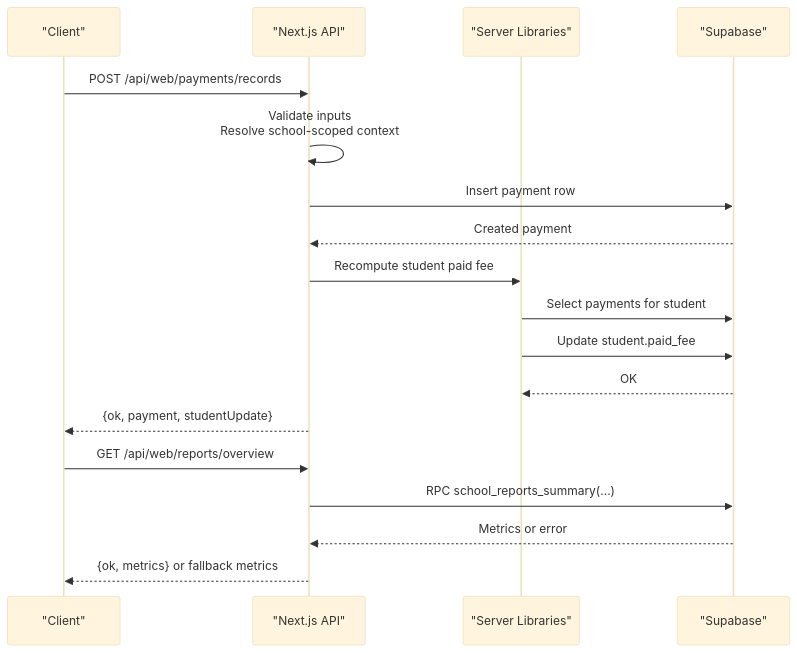
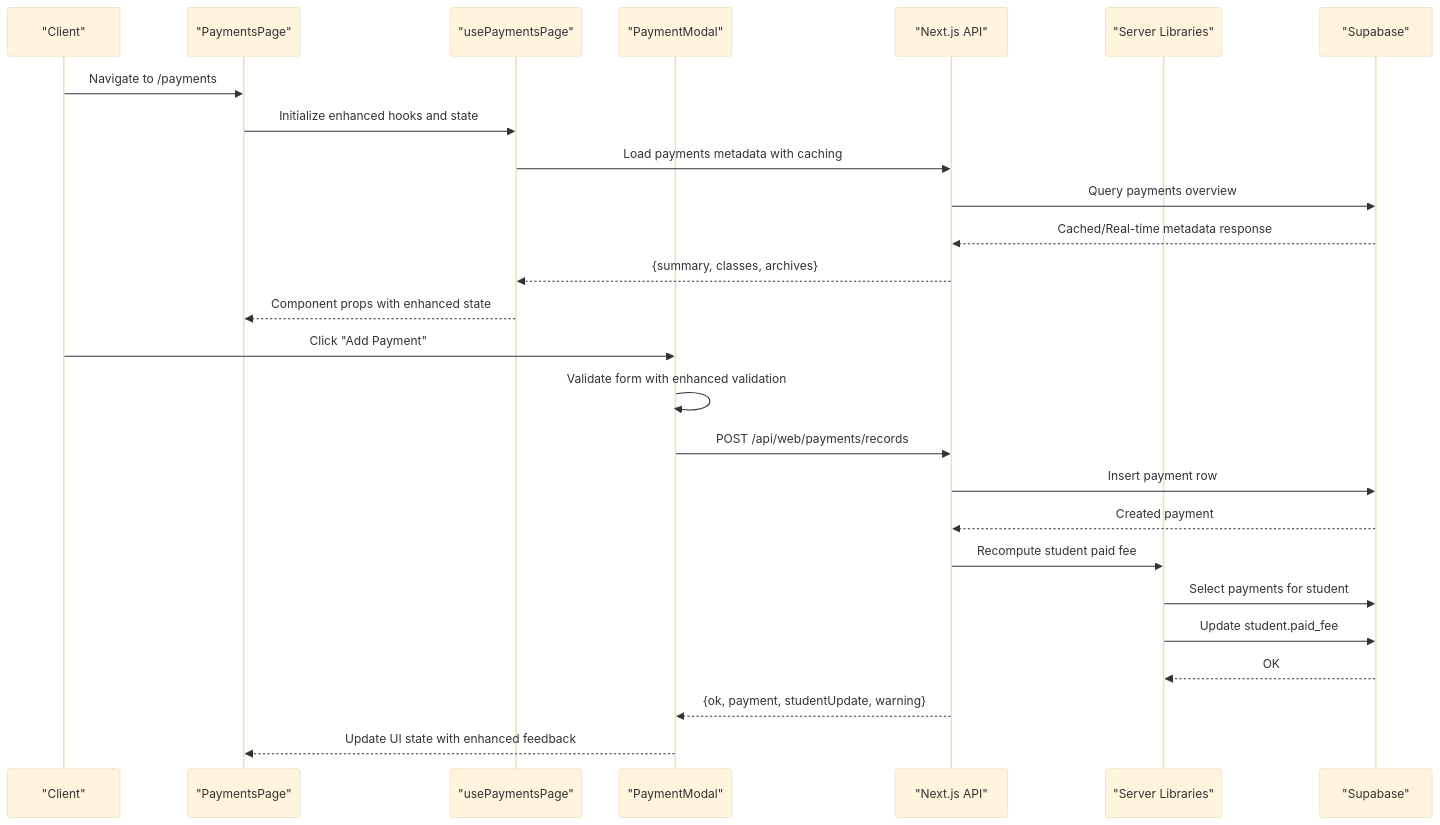
One commit to mustafaalkusaj/appschoolmustafa2002 changed the second of 4 diagrams in .qoder/repowiki/en/content/Financial Operations/Financial Operations.md. Above: the diagram before and after it, drawn with Mermaid (base theme). The commit also changed other lines of this file and 85 other files, not shown here.

````diff
--- a/.qoder/repowiki/en/content/Financial Operations/Financial Operations.md
+++ b/.qoder/repowiki/en/content/Financial Operations/Financial Operations.md
@@ -100,20 +181,28 @@
 ```mermaid
 sequenceDiagram
 participant Client as "Client"
+participant Page as "PaymentsPage"
+participant Hooks as "usePaymentsPage"
+participant Modal as "PaymentModal"
 participant API as "Next.js API"
 participant Lib as "Server Libraries"
 participant DB as "Supabase"
-Client->>API : POST /api/web/payments/records
-API->>API : Validate inputs<br/>Resolve school-scoped context
+Client->>Page : Navigate to /payments
+Page->>Hooks : Initialize enhanced hooks and state
+Hooks->>API : Load payments metadata with caching
+API->>DB : Query payments overview
+DB-->>API : Cached/Real-time metadata response
+API-->>Hooks : {summary, classes, archives}
+Hooks-->>Page : Component props with enhanced state
+Client->>Modal : Click "Add Payment"
+Modal->>Modal : Validate form with enhanced validation
+Modal->>API : POST /api/web/payments/records
 API->>DB : Insert payment row
 DB-->>API : Created payment
 API->>Lib : Recompute student paid fee
 Lib->>DB : Select payments for student
 Lib->>DB : Update student.paid_fee
 DB-->>Lib : OK
-API-->>Client : {ok, payment, studentUpdate}
-Client->>API : GET /api/web/reports/overview
-API->>DB : RPC school_reports_summary(...)
-DB-->>API : Metrics or error
-API-->>Client : {ok, metrics} or fallback metrics
+API-->>Modal : {ok, payment, studentUpdate, warning}
+Modal-->>Page : Update UI state with enhanced feedback
 ```
````
